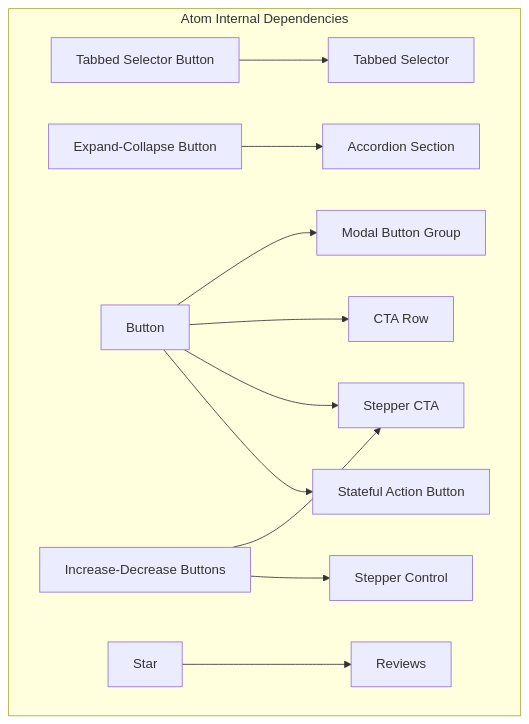
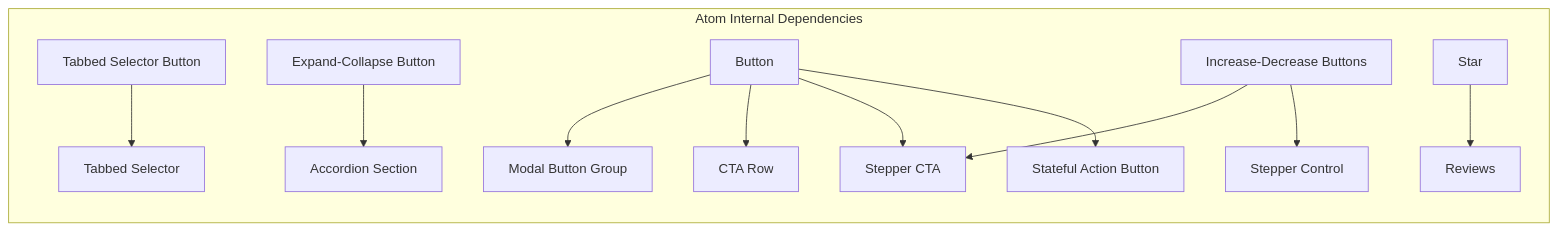
The second of 2 diagrams in inventory/docs/06-dependency-graph.md (calebn/design-system-theme-evolution), drawn with Mermaid before and after one commit. The commit also changed other lines of this file and 8 other files, not shown here.

````diff
--- a/inventory/docs/06-dependency-graph.md
+++ b/inventory/docs/06-dependency-graph.md
@@ -195,14 +195,14 @@
 ```mermaid
-graph TD
+graph LR
   subgraph atomDeps ["Atom Internal Dependencies"]
     Tabbed_Selector_Button["Tabbed Selector Button"] --> Tabbed_Selector["Tabbed Selector"]
     Expand_Collapse_Button["Expand-Collapse Button"] --> Accordion_Section["Accordion Section"]
     Button["Button"] --> Modal_Button_Group["Modal Button Group"]
     Button["Button"] --> CTA_Row["CTA Row"]
     Increase_Decrease_Buttons["Increase-Decrease Buttons"] --> Stepper_CTA["Stepper CTA"]
     Button["Button"] --> Stepper_CTA["Stepper CTA"]
     Increase_Decrease_Buttons["Increase-Decrease Buttons"] --> Stepper_Control["Stepper Control"]
     Star["Star"] --> Reviews["Reviews"]
     Button["Button"] --> Stateful_Action_Button["Stateful Action Button"]
   end
 ```
````
